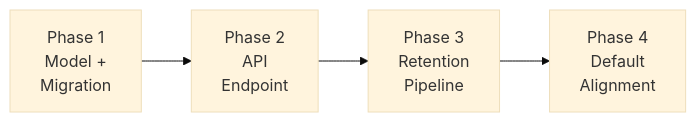
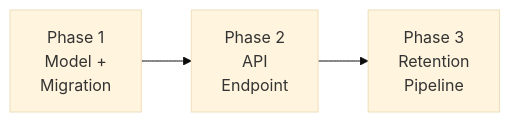
One commit to project-koku/koku changed the diagram in docs/architecture/data-retention/phased-delivery.md. Above: the diagram before and after it, drawn with Mermaid (base theme). The commit also changed other lines of this file and 4 other files, not shown here.

````diff
--- a/docs/architecture/data-retention/phased-delivery.md
+++ b/docs/architecture/data-retention/phased-delivery.md
@@ -9,6 +9,5 @@
 ```mermaid
 graph LR
     P1["Phase 1<br/>Model +<br/>Migration"] --> P2["Phase 2<br/>API<br/>Endpoint"]
     P2 --> P3["Phase 3<br/>Retention<br/>Pipeline"]
-    P3 --> P4["Phase 4<br/>Default<br/>Alignment"]
 ```
````
